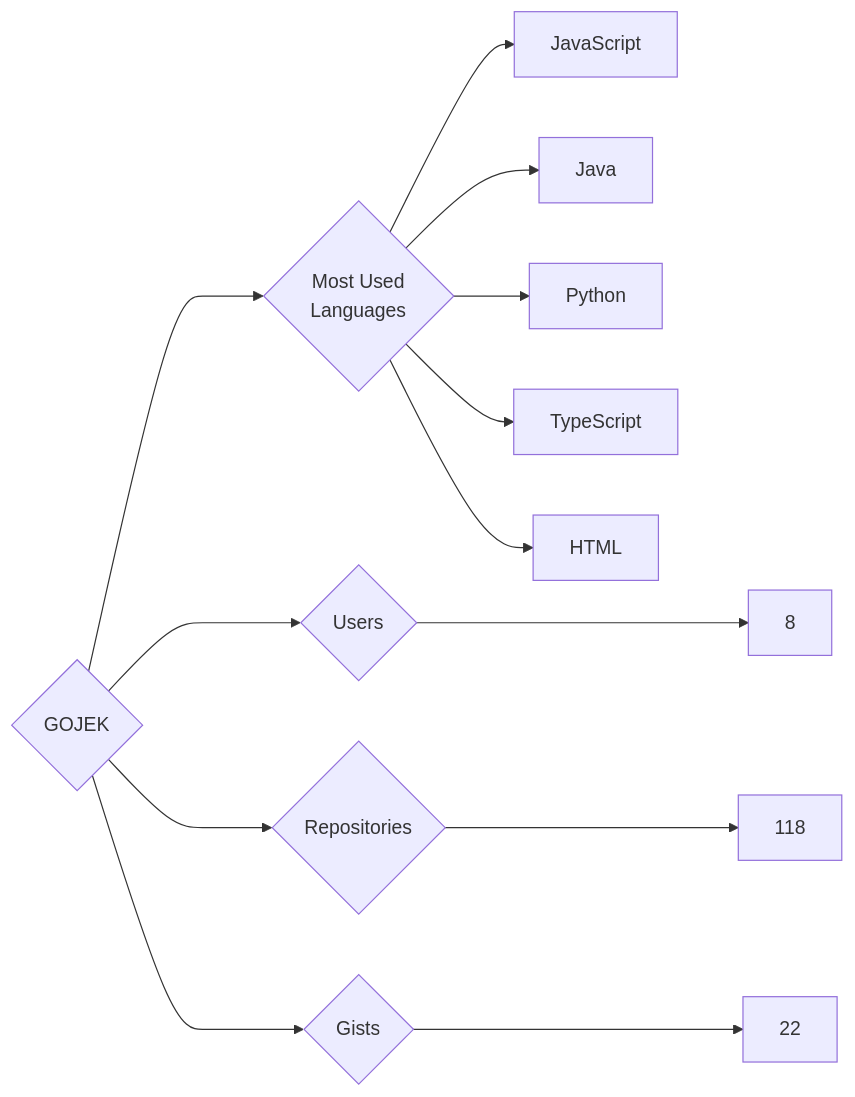
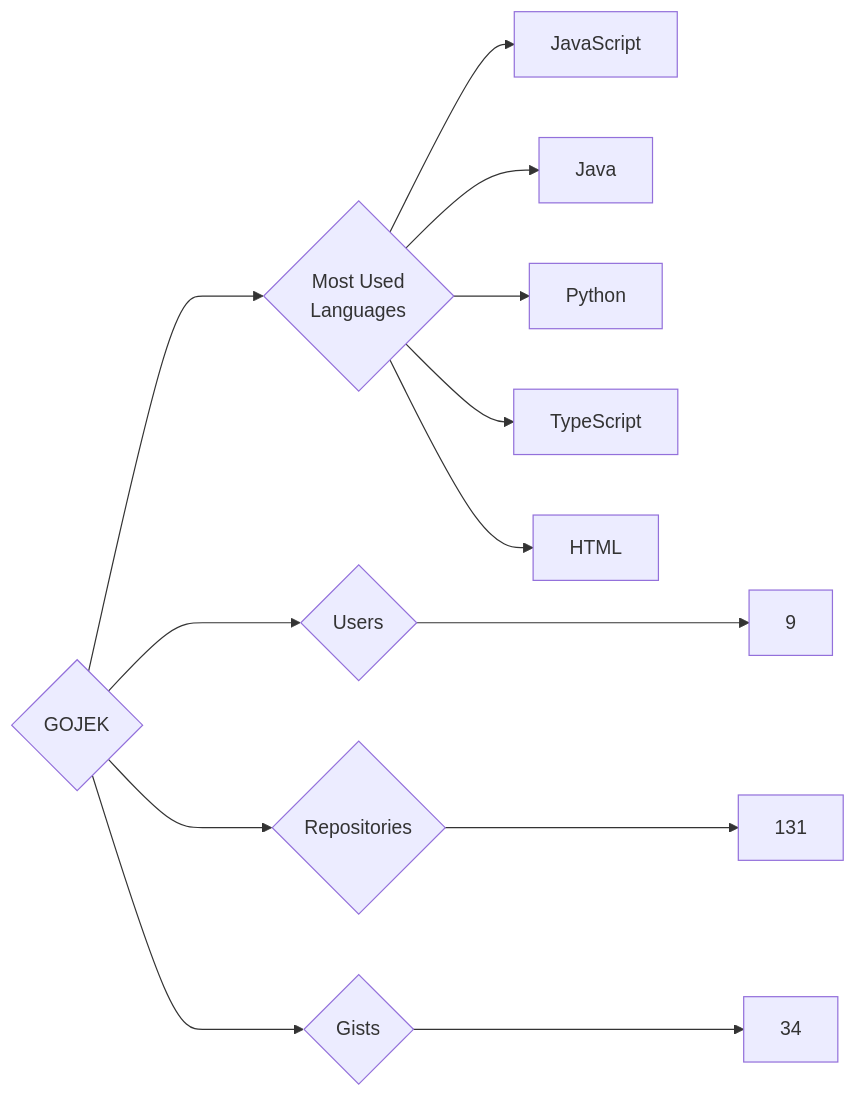
Before and after one commit to trickest/insiders: the diagram in targets/GOJEK/README.md, drawn with Mermaid. The commit also changed 1078 other files, not shown here.

````diff
--- a/targets/GOJEK/README.md
+++ b/targets/GOJEK/README.md
@@ -3,13 +3,13 @@
 ```mermaid
 graph LR
 COMPANY_NAME{GOJEK}
-COMPANY_NAME ---> U{Users} ---> UN[8]
-COMPANY_NAME ---> R{Repositories} ---> RN[118]
-COMPANY_NAME ---> G{Gists} ---> GN[22]
+COMPANY_NAME ---> U{Users} ---> UN[9]
+COMPANY_NAME ---> R{Repositories} ---> RN[131]
+COMPANY_NAME ---> G{Gists} ---> GN[34]
 COMPANY_NAME ---> ML{Most Used<br>Languages}
 ML --> JavaScript[JavaScript]
 ML --> Java[Java]
 ML --> Python[Python]
 ML --> TypeScript[TypeScript]
 ML --> HTML[HTML]
 ```
````
